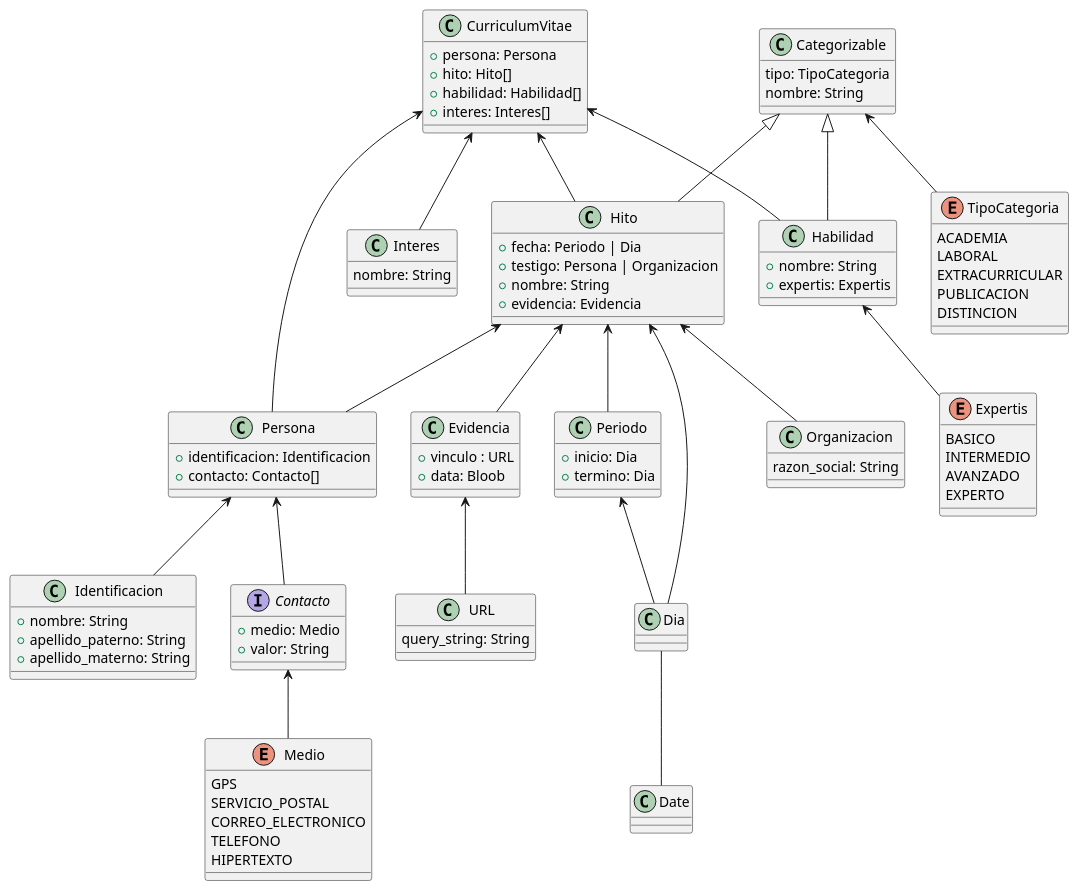
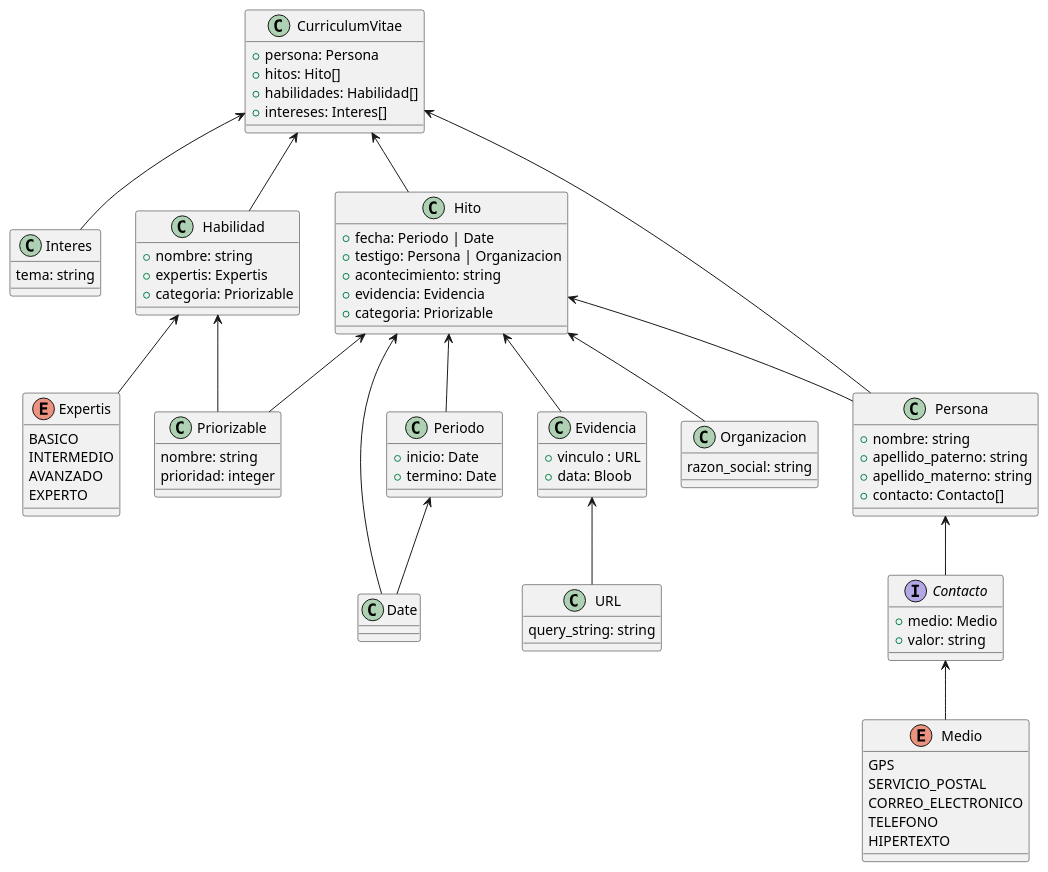
One commit to emirhg/curriculum-vitae changed the diagram in arc/curriculum-vitae-class-diagram.puml. Above: the diagram before and after it, drawn with PlantUML. The commit also changed 1 other file, not shown here.

Commit message:
chg: dev: Priorizable en lugar de Categorizable

```diff
--- a/arc/curriculum-vitae-class-diagram.puml
+++ b/arc/curriculum-vitae-class-diagram.puml
@@ -1,112 +1,99 @@
 @startuml
   class CurriculumVitae {
     + persona: Persona
-    + hito: Hito[]
-    + habilidad: Habilidad[]
-    + interes: Interes[]
-  }
-
-  enum TipoCategoria {
-    ACADEMIA
-    LABORAL
-    EXTRACURRICULAR
-    PUBLICACION
-    DISTINCION
+    + hitos: Hito[]
+    + habilidades: Habilidad[]
+    + intereses: Interes[]
   }
 
   class Interes {
-    nombre: String
+    tema: string
   }
 
-  class Categorizable {
-    tipo: TipoCategoria
-    nombre: String
+  class Priorizable {
+    nombre: string
+    prioridad: integer
   }
 
-  class Habilidad extends Categorizable {
-    + nombre: String
+  class Habilidad {
+    + nombre: string
     + expertis: Expertis
+    + categoria: Priorizable
   }
 
   class Periodo {
-    + inicio: Dia
-    + termino: Dia
+    + inicio: Date
+    + termino: Date
   }
 
-  Dia -- Date
-
-  class Hito extends Categorizable {
-    + fecha: Periodo | Dia
+  class Hito {
+    + fecha: Periodo | Date
     + testigo: Persona | Organizacion
-    + nombre: String
+    + acontecimiento: string
     + evidencia: Evidencia
+    + categoria: Priorizable
   }
 
   class URL {
-    query_string: String
+    query_string: string
   }
 
   class Evidencia {
     + vinculo : URL
     + data: Bloob
   }
 
   class Organizacion {
-    razon_social: String
+    razon_social: string
   }
 
   enum Expertis {
       BASICO
       INTERMEDIO
       AVANZADO
       EXPERTO
   }
 
   class Persona {
-    + identificacion: Identificacion
+    + nombre: string
+    + apellido_paterno: string
+    + apellido_materno: string
     + contacto: Contacto[]
-  }
-
-  class Identificacion {
-    + nombre: String
-    + apellido_paterno: String
-    + apellido_materno: String
   }
 
   interface Contacto {
       + medio: Medio
-      + valor: String
+      + valor: string
   }
 
   enum Medio {
     GPS
     SERVICIO_POSTAL
     CORREO_ELECTRONICO
     TELEFONO
     HIPERTEXTO
   }
 
-  Periodo <-- Dia
+  Periodo <-- Date
 
   Evidencia <-- URL
 
   Contacto <-- Medio
 
   Persona <-- Contacto
-  Persona <-- Identificacion
-
-  Categorizable <-- TipoCategoria
 
   CurriculumVitae <-- Persona
   CurriculumVitae <-- Habilidad
   CurriculumVitae <-- Hito
   CurriculumVitae <-- Interes
 
   Habilidad <-- Expertis
+  Habilidad <-- Priorizable
 
+  Hito <-- Priorizable
   Hito <-- Evidencia
   Hito <-- Persona
   Hito <-- Organizacion
-  Hito <-- Dia
+  Hito <-- Date
   Hito <-- Periodo
 @enduml
```
